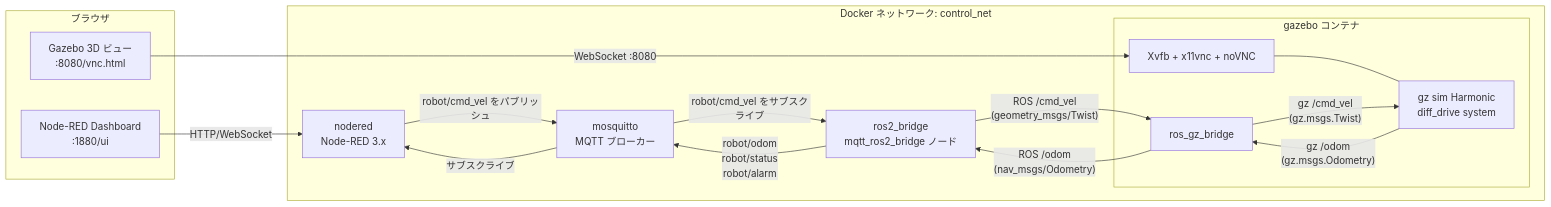
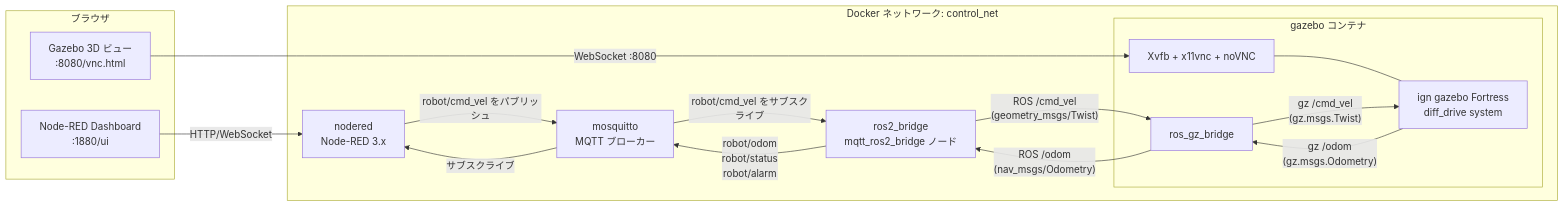
Before and after one commit to taku0310/gazebo-nodered-control: the first of 2 diagrams in docs/architecture.md, drawn with Mermaid. The commit also changed other lines of this file and 6 other files, not shown here.

First line of the commit message:
fix(gazebo): use Fortress instead of Harmonic for Humble compatibility

````diff
--- a/docs/architecture.md
+++ b/docs/architecture.md
@@ -14,30 +14,30 @@
 ```mermaid
 flowchart LR
     subgraph Browser["ブラウザ"]
       UI[Node-RED Dashboard<br/>:1880/ui]
       UI2[Gazebo 3D ビュー<br/>:8080/vnc.html]
     end
 
     subgraph control_net["Docker ネットワーク: control_net"]
       NR[nodered<br/>Node-RED 3.x]
       MB[mosquitto<br/>MQTT ブローカー]
       BR[ros2_bridge<br/>mqtt_ros2_bridge ノード]
       subgraph GZBOX["gazebo コンテナ"]
         NV[Xvfb + x11vnc + noVNC]
         RGB[ros_gz_bridge]
-        GZ[gz sim Harmonic<br/>diff_drive system]
+        GZ[ign gazebo Fortress<br/>diff_drive system]
       end
     end
 
     UI -- HTTP/WebSocket --> NR
     UI2 -- "WebSocket :8080" --> NV
     NV --- GZ
     NR -- "robot/cmd_vel をパブリッシュ" --> MB
     MB -- "robot/cmd_vel をサブスクライブ" --> BR
     BR -- "ROS /cmd_vel<br/>(geometry_msgs/Twist)" --> RGB
     RGB -- "gz /cmd_vel<br/>(gz.msgs.Twist)" --> GZ
     GZ -- "gz /odom<br/>(gz.msgs.Odometry)" --> RGB
     RGB -- "ROS /odom<br/>(nav_msgs/Odometry)" --> BR
     BR -- "robot/odom<br/>robot/status<br/>robot/alarm" --> MB
     MB -- "サブスクライブ" --> NR
 ```
````
